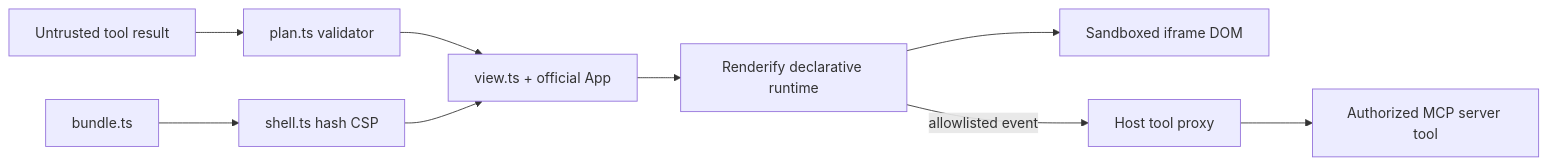
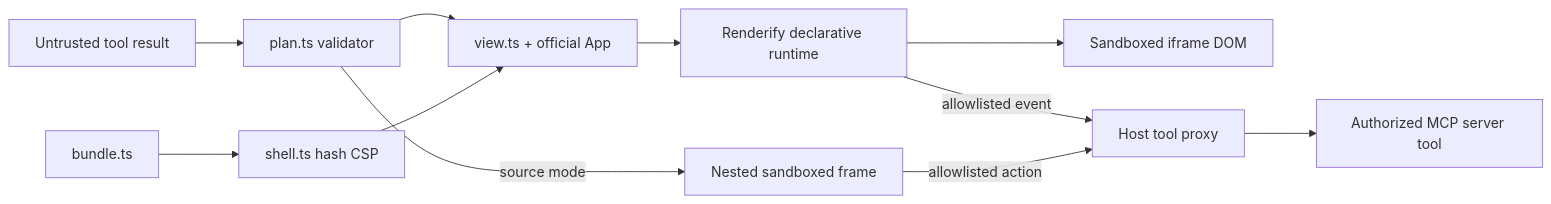
One commit to webllm/renderify changed the diagram in docs/architecture/mcp-app-runtime-modules.md. Above: the diagram before and after it, drawn with Mermaid. The commit also changed other lines of this file and 51 other files, not shown here.

First line of the commit message:
feat(frame): add a sandboxed iframe lane for model-written source

````diff
--- a/docs/architecture/mcp-app-runtime-modules.md
+++ b/docs/architecture/mcp-app-runtime-modules.md
@@ -48,11 +53,13 @@
 ```mermaid
 flowchart LR
     Result["Untrusted tool result"] --> Validator["plan.ts validator"]
     Validator --> View["view.ts + official App"]
     View --> Runtime["Renderify declarative runtime"]
     Runtime --> DOM["Sandboxed iframe DOM"]
     Runtime -->|"allowlisted event"| Bridge["Host tool proxy"]
     Bridge --> Server["Authorized MCP server tool"]
+    Validator -->|"source mode"| Frame["Nested sandboxed frame"]
+    Frame -->|"allowlisted action"| Bridge
     Shell["shell.ts hash CSP"] --> View
     Bundle["bundle.ts"] --> Shell
 ```
````
